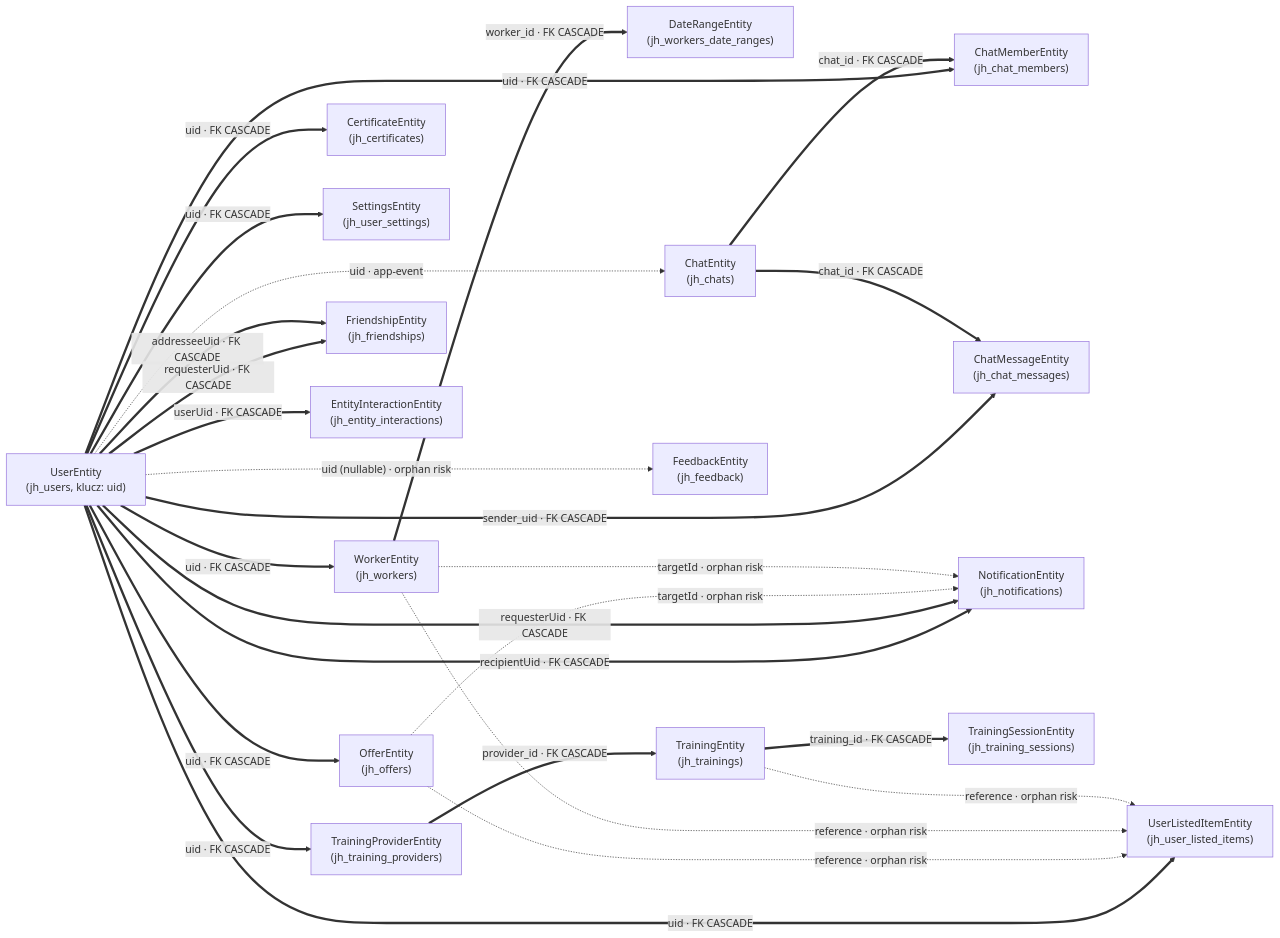
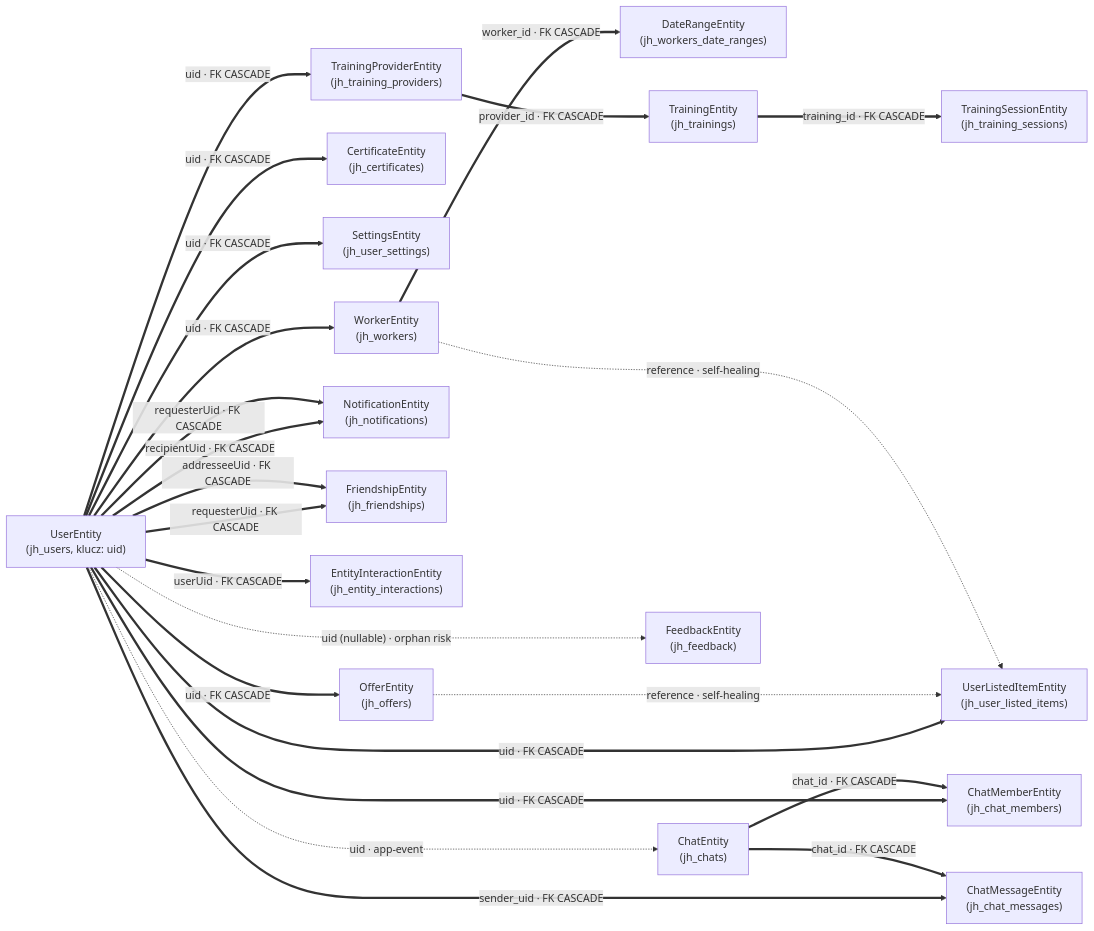
Before and after one commit to pawelmat142/frat: the diagram in docs/entity-relations.md, drawn with Mermaid. The commit also changed other lines of this file, not shown here.

````diff
--- a/docs/entity-relations.md
+++ b/docs/entity-relations.md
@@ -18,50 +19,47 @@
 ```mermaid
 graph LR
     User["UserEntity<br/>(jh_users, klucz: uid)"]
     Worker["WorkerEntity<br/>(jh_workers)"]
     DateRange["DateRangeEntity<br/>(jh_workers_date_ranges)"]
     Certificate["CertificateEntity<br/>(jh_certificates)"]
     Settings["SettingsEntity<br/>(jh_user_settings)"]
     Listed["UserListedItemEntity<br/>(jh_user_listed_items)"]
     Chat["ChatEntity<br/>(jh_chats)"]
     ChatMember["ChatMemberEntity<br/>(jh_chat_members)"]
     ChatMessage["ChatMessageEntity<br/>(jh_chat_messages)"]
     Offer["OfferEntity<br/>(jh_offers)"]
     Notification["NotificationEntity<br/>(jh_notifications)"]
     Friendship["FriendshipEntity<br/>(jh_friendships)"]
     Interaction["EntityInteractionEntity<br/>(jh_entity_interactions)"]
     Provider["TrainingProviderEntity<br/>(jh_training_providers)"]
     Training["TrainingEntity<br/>(jh_trainings)"]
     Session["TrainingSessionEntity<br/>(jh_training_sessions)"]
     Feedback["FeedbackEntity<br/>(jh_feedback)"]
 
     User =="uid · FK CASCADE"==> Settings
     User =="uid · FK CASCADE"==> Listed
     User =="uid · FK CASCADE"==> Provider
     User =="uid · FK CASCADE"==> ChatMember
     User =="sender_uid · FK CASCADE"==> ChatMessage
     User =="uid · FK CASCADE"==> Worker
     User =="uid · FK CASCADE"==> Certificate
     User =="uid · FK CASCADE"==> Offer
     User =="recipientUid · FK CASCADE"==> Notification
     User =="requesterUid · FK CASCADE"==> Notification
     User =="requesterUid · FK CASCADE"==> Friendship
     User =="addresseeUid · FK CASCADE"==> Friendship
     User =="userUid · FK CASCADE"==> Interaction
     User -."uid · app-event"..-> Chat
     User -."uid (nullable) · orphan risk"..-> Feedback
 
     Worker =="worker_id · FK CASCADE"==> DateRange
 
     Provider =="provider_id · FK CASCADE"==> Training
     Training =="training_id · FK CASCADE"==> Session
 
     Chat =="chat_id · FK CASCADE"==> ChatMember
     Chat =="chat_id · FK CASCADE"==> ChatMessage
 
-    Offer -."reference · orphan risk"..-> Listed
-    Worker -."reference · orphan risk"..-> Listed
-    Training -."reference · orphan risk"..-> Listed
-    Offer -."targetId · orphan risk"..-> Notification
-    Worker -."targetId · orphan risk"..-> Notification
+    Offer -."reference · self-healing"..-> Listed
+    Worker -."reference · self-healing"..-> Listed
 ```
````
